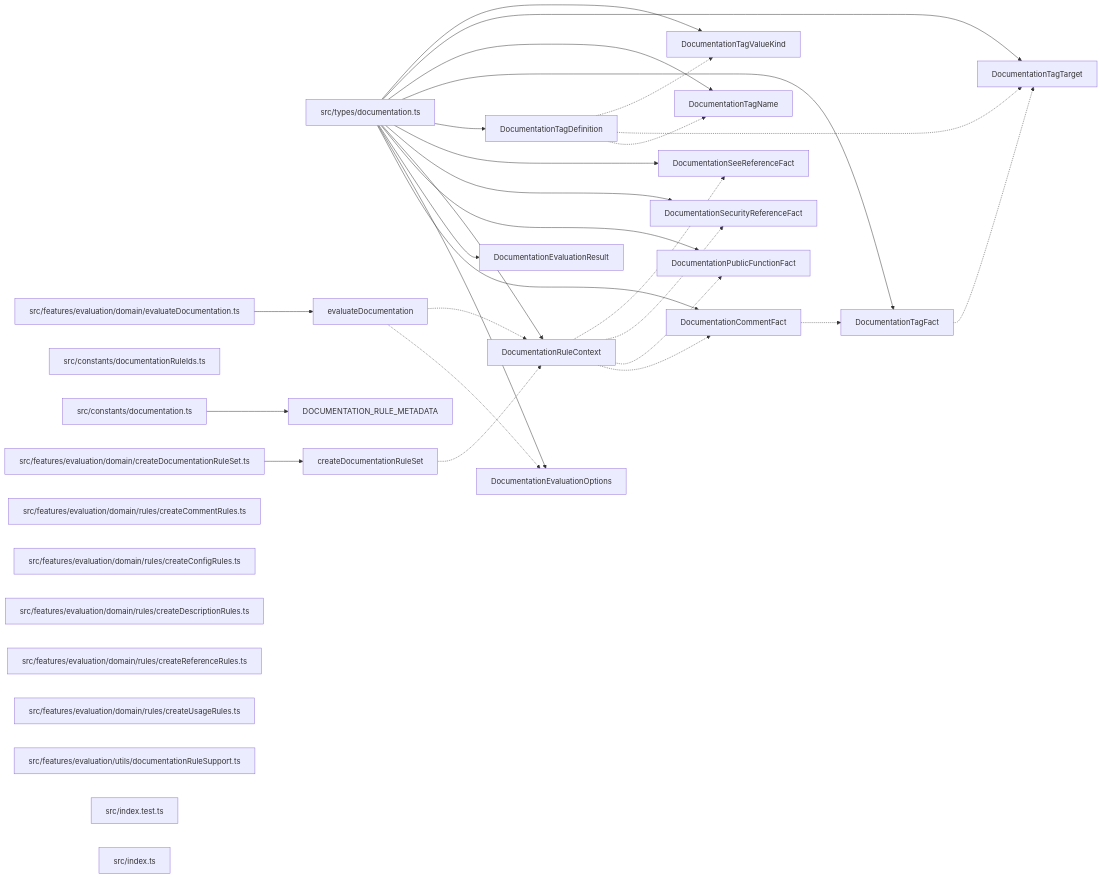
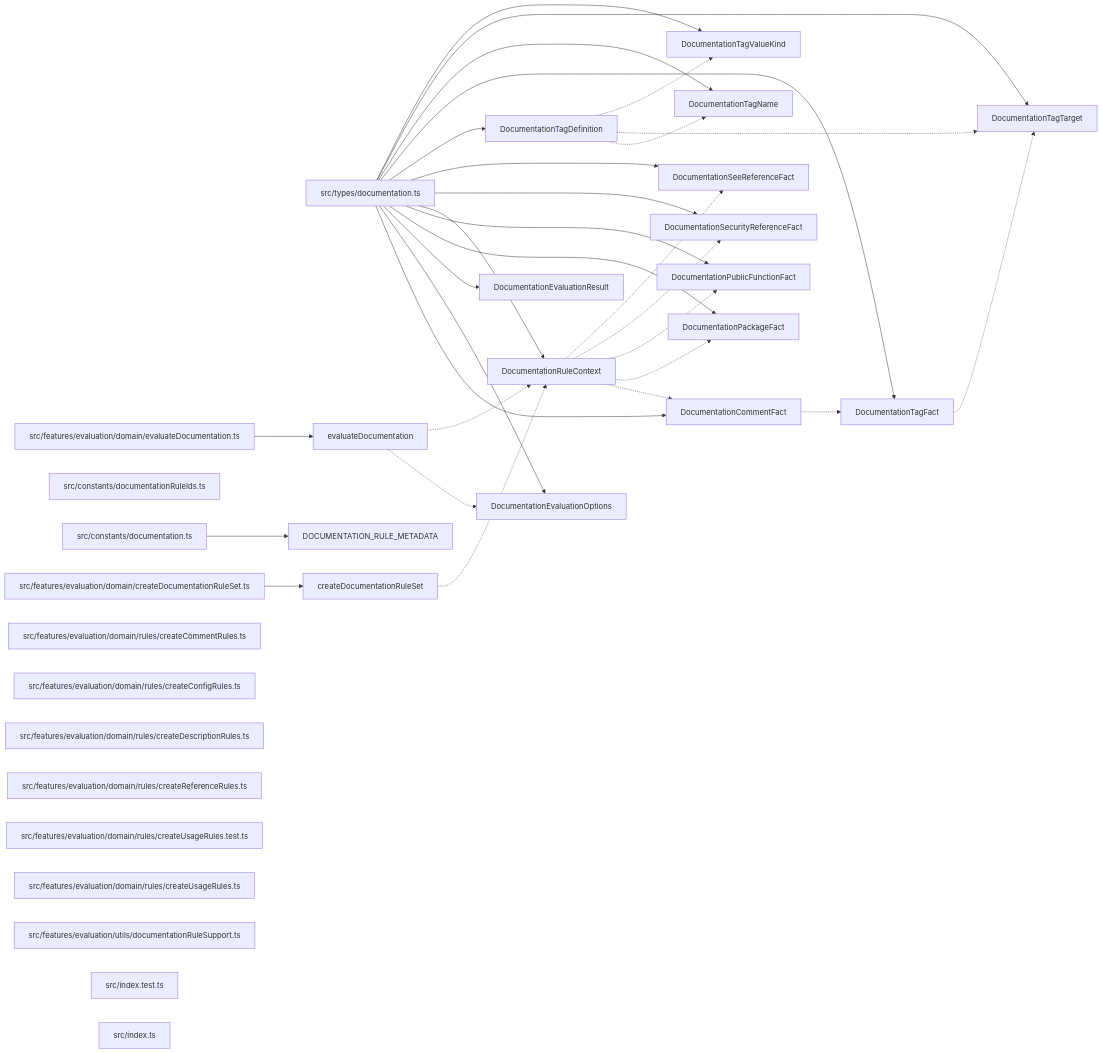
Before and after one commit to ankhorage/rules-documentation: the diagram in paradox/diagrams/export-graph.mmd, drawn with Mermaid. The commit also changed 11 other files, not shown here.

```diff
--- a/paradox/diagrams/export-graph.mmd
+++ b/paradox/diagrams/export-graph.mmd
@@ -1,56 +1,60 @@
 graph LR
   module_src_constants_documentation_ts["src/constants/documentation.ts"]
   module_src_constants_documentationRuleIds_ts["src/constants/documentationRuleIds.ts"]
   module_src_features_evaluation_domain_createDocumentationRuleSet_ts["src/features/evaluation/domain/createDocumentationRuleSet.ts"]
   module_src_features_evaluation_domain_evaluateDocumentation_ts["src/features/evaluation/domain/evaluateDocumentation.ts"]
   module_src_features_evaluation_domain_rules_createCommentRules_ts["src/features/evaluation/domain/rules/createCommentRules.ts"]
   module_src_features_evaluation_domain_rules_createConfigRules_ts["src/features/evaluation/domain/rules/createConfigRules.ts"]
   module_src_features_evaluation_domain_rules_createDescriptionRules_ts["src/features/evaluation/domain/rules/createDescriptionRules.ts"]
   module_src_features_evaluation_domain_rules_createReferenceRules_ts["src/features/evaluation/domain/rules/createReferenceRules.ts"]
+  module_src_features_evaluation_domain_rules_createUsageRules_test_ts["src/features/evaluation/domain/rules/createUsageRules.test.ts"]
   module_src_features_evaluation_domain_rules_createUsageRules_ts["src/features/evaluation/domain/rules/createUsageRules.ts"]
   module_src_features_evaluation_utils_documentationRuleSupport_ts["src/features/evaluation/utils/documentationRuleSupport.ts"]
   module_src_index_test_ts["src/index.test.ts"]
   module_src_index_ts["src/index.ts"]
   module_src_types_documentation_ts["src/types/documentation.ts"]
   export_createDocumentationRuleSet["createDocumentationRuleSet"]
   module_src_features_evaluation_domain_createDocumentationRuleSet_ts --> export_createDocumentationRuleSet
   export_createDocumentationRuleSet -.-> export_DocumentationRuleContext
   export_DOCUMENTATION_RULE_METADATA["DOCUMENTATION_RULE_METADATA"]
   module_src_constants_documentation_ts --> export_DOCUMENTATION_RULE_METADATA
   export_DocumentationCommentFact["DocumentationCommentFact"]
   module_src_types_documentation_ts --> export_DocumentationCommentFact
   export_DocumentationCommentFact -.-> export_DocumentationTagFact
   export_DocumentationEvaluationOptions["DocumentationEvaluationOptions"]
   module_src_types_documentation_ts --> export_DocumentationEvaluationOptions
   export_DocumentationEvaluationResult["DocumentationEvaluationResult"]
   module_src_types_documentation_ts --> export_DocumentationEvaluationResult
+  export_DocumentationPackageFact["DocumentationPackageFact"]
+  module_src_types_documentation_ts --> export_DocumentationPackageFact
   export_DocumentationPublicFunctionFact["DocumentationPublicFunctionFact"]
   module_src_types_documentation_ts --> export_DocumentationPublicFunctionFact
   export_DocumentationRuleContext["DocumentationRuleContext"]
   module_src_types_documentation_ts --> export_DocumentationRuleContext
   export_DocumentationRuleContext -.-> export_DocumentationCommentFact
+  export_DocumentationRuleContext -.-> export_DocumentationPackageFact
   export_DocumentationRuleContext -.-> export_DocumentationPublicFunctionFact
   export_DocumentationRuleContext -.-> export_DocumentationSecurityReferenceFact
   export_DocumentationRuleContext -.-> export_DocumentationSeeReferenceFact
   export_DocumentationSecurityReferenceFact["DocumentationSecurityReferenceFact"]
   module_src_types_documentation_ts --> export_DocumentationSecurityReferenceFact
   export_DocumentationSeeReferenceFact["DocumentationSeeReferenceFact"]
   module_src_types_documentation_ts --> export_DocumentationSeeReferenceFact
   export_DocumentationTagDefinition["DocumentationTagDefinition"]
   module_src_types_documentation_ts --> export_DocumentationTagDefinition
   export_DocumentationTagDefinition -.-> export_DocumentationTagName
   export_DocumentationTagDefinition -.-> export_DocumentationTagTarget
   export_DocumentationTagDefinition -.-> export_DocumentationTagValueKind
   export_DocumentationTagFact["DocumentationTagFact"]
   module_src_types_documentation_ts --> export_DocumentationTagFact
   export_DocumentationTagFact -.-> export_DocumentationTagTarget
   export_DocumentationTagName["DocumentationTagName"]
   module_src_types_documentation_ts --> export_DocumentationTagName
   export_DocumentationTagTarget["DocumentationTagTarget"]
   module_src_types_documentation_ts --> export_DocumentationTagTarget
   export_DocumentationTagValueKind["DocumentationTagValueKind"]
   module_src_types_documentation_ts --> export_DocumentationTagValueKind
   export_evaluateDocumentation["evaluateDocumentation"]
   module_src_features_evaluation_domain_evaluateDocumentation_ts --> export_evaluateDocumentation
   export_evaluateDocumentation -.-> export_DocumentationEvaluationOptions
   export_evaluateDocumentation -.-> export_DocumentationRuleContext
```
